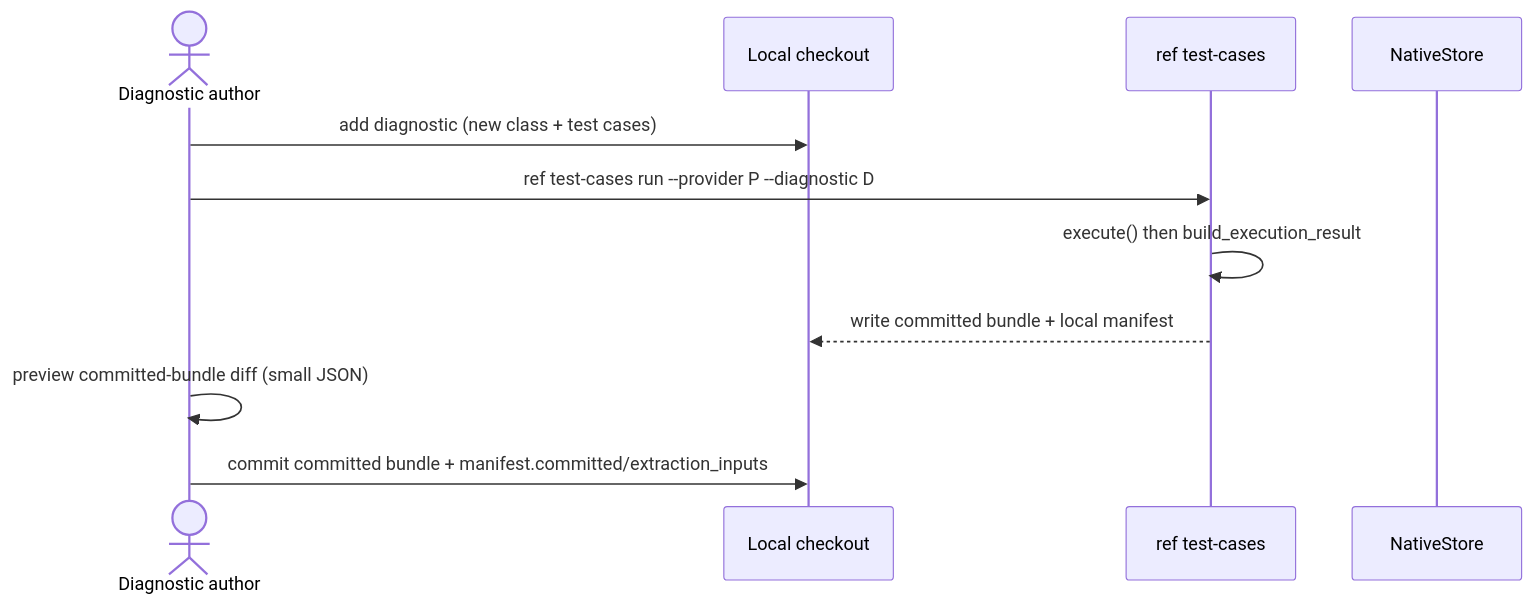
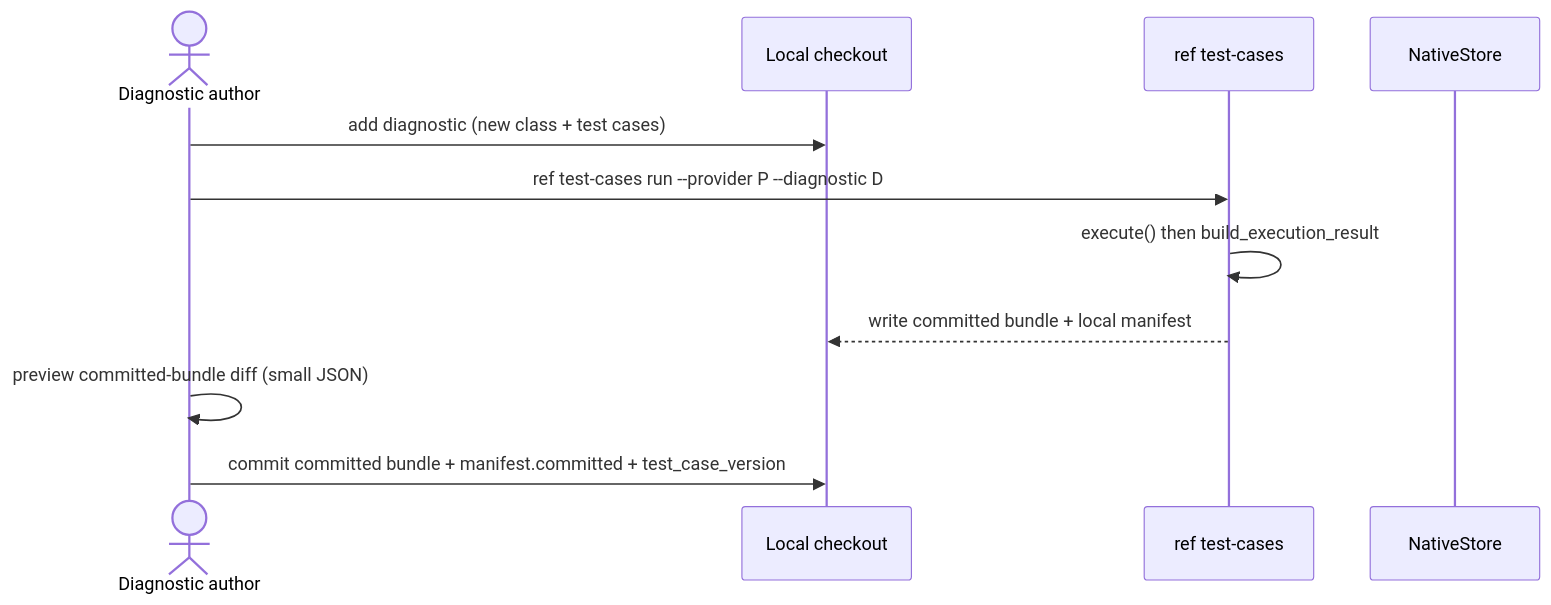
The first of 3 diagrams in text/0005-regression-baselines.md (Climate-REF/rfcs), drawn with Mermaid before and after one commit. The commit also changed other lines of this file, not shown here.

````diff
--- a/text/0005-regression-baselines.md
+++ b/text/0005-regression-baselines.md
@@ -203,14 +216,14 @@
 ```mermaid
 sequenceDiagram
     actor Author as Diagnostic author
     participant Repo as Local checkout
     participant CLI as ref test-cases
     participant Store as NativeStore
 
     Author->>Repo: add diagnostic (new class + test cases)
     Author->>CLI: ref test-cases run --provider P --diagnostic D
     CLI->>CLI: execute() then build_execution_result
     CLI-->>Repo: write committed bundle + local manifest
     Author->>Author: preview committed-bundle diff (small JSON)
-    Author->>Repo: commit committed bundle + manifest.committed/extraction_inputs
+    Author->>Repo: commit committed bundle + manifest.committed + test_case_version
 ```
````
